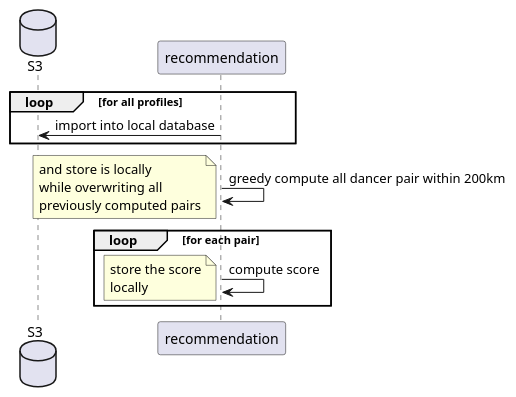
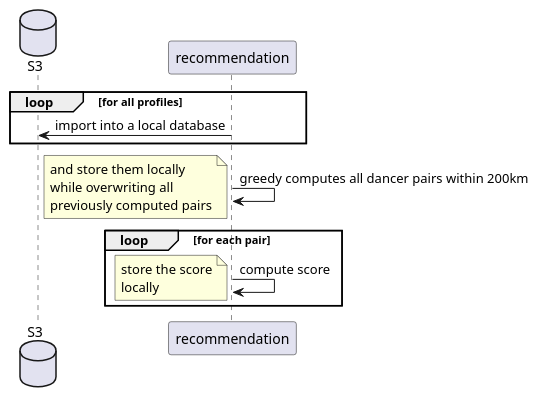
The second of 2 diagrams in src/main/jbake/content/documentation/arc42/src/06_runtime_view.adoc (dancier/documentation), drawn with PlantUML before and after one commit.

```diff
--- a/src/main/jbake/content/documentation/arc42/src/06_runtime_view.adoc
+++ b/src/main/jbake/content/documentation/arc42/src/06_runtime_view.adoc
@@ -25,27 +25,27 @@
 [plantuml, compute-recommendations, svg]
 ....
 @startuml
 
 database S3
 participant recommendation
 
 loop for all profiles
-    recommendation -> S3 : import into local database
+    recommendation -> S3 : import into a local database
 end
 
-recommendation -> recommendation: greedy compute all dancer pair within 200km
+recommendation -> recommendation: greedy computes all dancer pairs within 200km
 note left
-    and store is locally
+    and store them locally
     while overwriting all
     previously computed pairs
 end note
 
 loop for each pair
     recommendation -> recommendation: compute score
     note left
         store the score
         locally
     end note
 end
 @enduml
 ....
```
